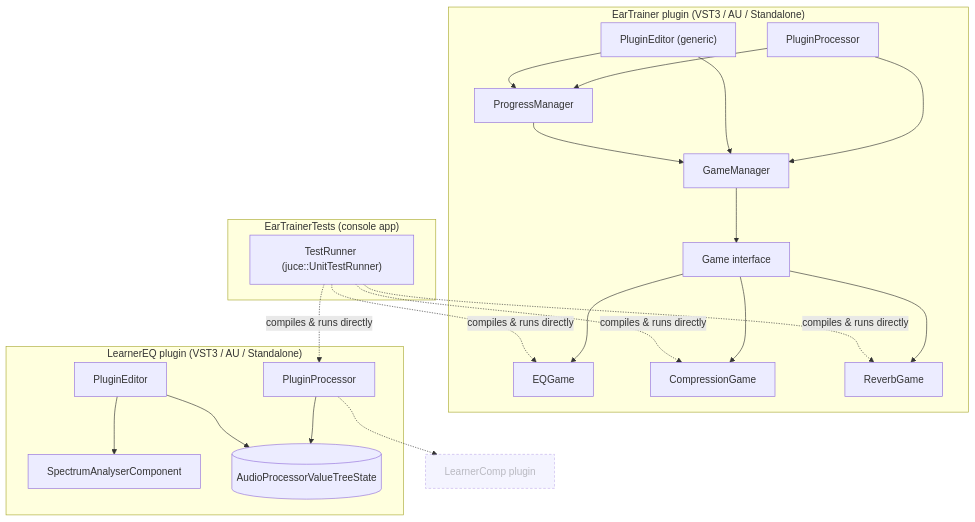
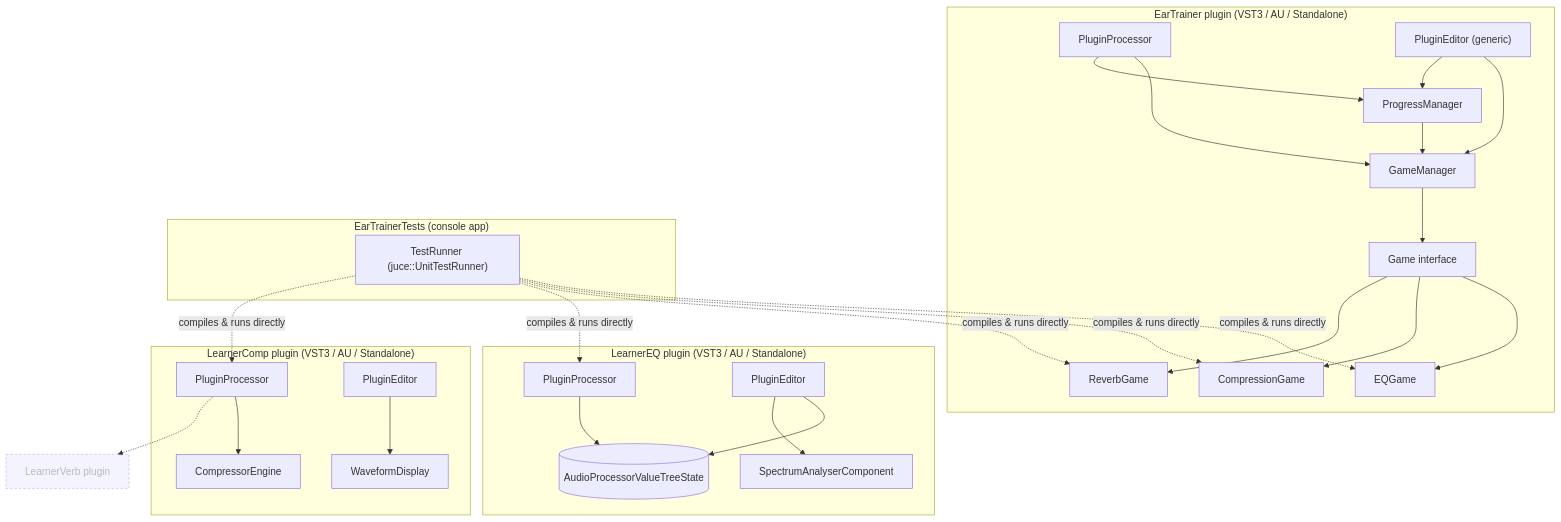
Before and after one commit to bogggare567/abcTrain: the diagram in README.md, drawn with Mermaid. The commit also changed other lines of this file and 19 other files, not shown here.

First line of the commit message:
Add LearnerComp: custom compressor engine, waveform+GR visualization

````diff
--- a/README.md
+++ b/README.md
@@ -27,49 +33,60 @@
 ```mermaid
 flowchart TB
     subgraph EarTrainer["EarTrainer plugin (VST3 / AU / Standalone)"]
         ETProc["PluginProcessor"]
         ETEdit["PluginEditor (generic)"]
         GM["GameManager"]
         GameIface["Game interface"]
         EQGame["EQGame"]
         CompGame["CompressionGame"]
         RevGame["ReverbGame"]
         PM["ProgressManager"]
 
         ETProc --> GM
         ETProc --> PM
         ETEdit --> GM
         ETEdit --> PM
         GM --> GameIface
         GameIface --> EQGame
         GameIface --> CompGame
         GameIface --> RevGame
         PM --> GM
     end
 
     subgraph LearnerEQ["LearnerEQ plugin (VST3 / AU / Standalone)"]
         LEProc["PluginProcessor"]
         LEEdit["PluginEditor"]
         Spectrum["SpectrumAnalyserComponent"]
         APVTS[("AudioProcessorValueTreeState")]
 
         LEProc --> APVTS
         LEEdit --> APVTS
         LEEdit --> Spectrum
     end
 
+    subgraph LearnerComp["LearnerComp plugin (VST3 / AU / Standalone)"]
+        LCProc["PluginProcessor"]
+        LCEdit["PluginEditor"]
+        Engine["CompressorEngine"]
+        Waveform["WaveformDisplay"]
+
+        LCProc --> Engine
+        LCEdit --> Waveform
+    end
+
     subgraph Tests["EarTrainerTests (console app)"]
         Runner["TestRunner (juce::UnitTestRunner)"]
     end
 
-    LearnerComp["LearnerComp plugin"]
+    LearnerVerb["LearnerVerb plugin"]
 
     Runner -. "compiles & runs directly" .-> EQGame
     Runner -. "compiles & runs directly" .-> CompGame
     Runner -. "compiles & runs directly" .-> RevGame
     Runner -. "compiles & runs directly" .-> LEProc
-    LEProc -.-> LearnerComp
+    Runner -. "compiles & runs directly" .-> LCProc
+    LCProc -.-> LearnerVerb
 
     classDef planned stroke-dasharray:4 3,opacity:0.55;
-    class LearnerComp planned;
+    class LearnerVerb planned;
 ```
````
